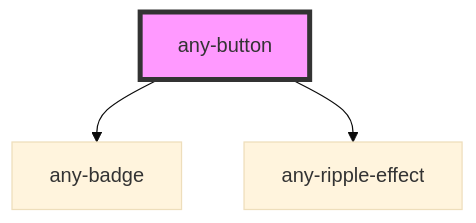
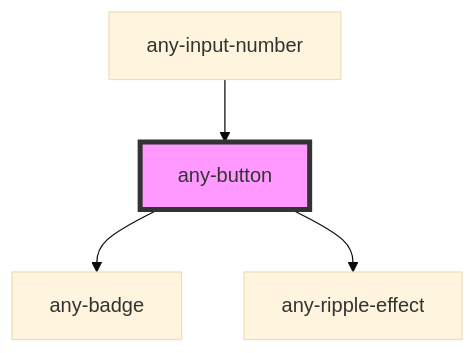
Before and after one commit to adaleks/anywhere-ui: the diagram in packages/core/src/components/button/readme.md, drawn with Mermaid (base theme). The commit also changed other lines of this file and 36 other files, not shown here.

Commit message:
Implemented InputNumber component

````diff
--- a/packages/core/src/components/button/readme.md
+++ b/packages/core/src/components/button/readme.md
@@ -52,6 +70,7 @@
 ```mermaid
 graph TD;
   any-button --> any-badge
   any-button --> any-ripple-effect
+  any-input-number --> any-button
   style any-button fill:#f9f,stroke:#333,stroke-width:4px
 ```
````
